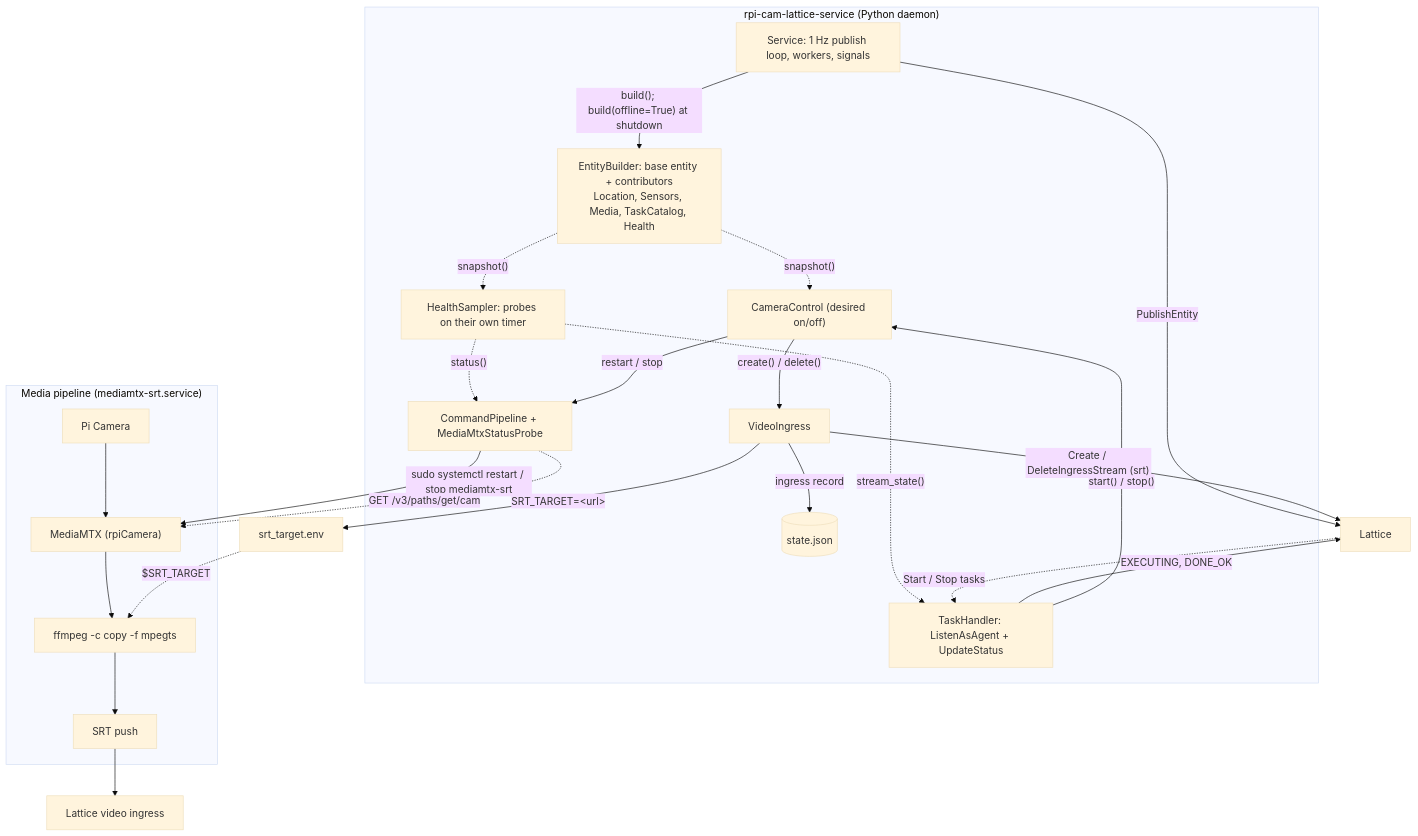
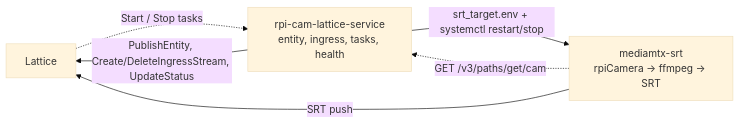
One commit to arminfard/rpi-cam-lattice-service changed the diagram in README.md. Above: the diagram before and after it, drawn with Mermaid (base theme). The commit also changed other lines of this file, not shown here.

````diff
--- a/README.md
+++ b/README.md
@@ -28,41 +12,11 @@
 ```mermaid
-flowchart TD
-    subgraph svc["rpi-cam-lattice-service (Python daemon)"]
-        pub["Service: 1 Hz publish loop, workers, signals"]
-        eb["EntityBuilder: base entity + contributors<br/>Location, Sensors, Media, TaskCatalog, Health"]
-        cc["CameraControl (desired on/off)"]
-        vi["VideoIngress"]
-        pl["CommandPipeline + MediaMtxStatusProbe"]
-        th["TaskHandler: ListenAsAgent + UpdateStatus"]
-        hs["HealthSampler: probes on their own timer"]
-        st[("state.json")]
-    end
-
+flowchart LR
     lattice["Lattice"]
-    env["srt_target.env"]
-
-    subgraph pipe["Media pipeline (mediamtx-srt.service)"]
-        cam["Pi Camera"] --> mtx["MediaMTX (rpiCamera)"]
-        mtx --> ff["ffmpeg -c copy -f mpegts"]
-        ff --> srt["SRT push"]
-    end
-
-    pub -->|"build(); build(offline=True) at shutdown"| eb
-    pub -->|"PublishEntity"| lattice
-    eb -.->|"snapshot()"| cc
-    eb -.->|"snapshot()"| hs
-    hs -.->|"status()"| pl
-    hs -.->|"stream_state()"| th
-    lattice -.->|"Start / Stop tasks"| th
-    th -->|"EXECUTING, DONE_OK"| lattice
-    th -->|"start() / stop()"| cc
-    cc -->|"create() / delete()"| vi
-    vi -->|"Create / DeleteIngressStream (srt)"| lattice
-    vi -->|"ingress record"| st
-    vi -->|"SRT_TARGET=&lt;url&gt;"| env
-    cc -->|"restart / stop"| pl
-    pl -->|"sudo systemctl restart / stop mediamtx-srt"| mtx
-    pl -.->|"GET /v3/paths/get/cam"| mtx
-    env -.->|"$SRT_TARGET"| ff
-    srt --> ingress["Lattice video ingress"]
+    daemon["rpi-cam-lattice-service<br/>entity, ingress, tasks, health"]
+    mtx["mediamtx-srt<br/>rpiCamera → ffmpeg → SRT"]
+    daemon -->|"PublishEntity, Create/DeleteIngressStream, UpdateStatus"| lattice
+    lattice -.->|"Start / Stop tasks"| daemon
+    daemon -->|"srt_target.env + systemctl restart/stop"| mtx
+    mtx -.->|"GET /v3/paths/get/cam"| daemon
+    mtx -->|"SRT push"| lattice
 ```
````
